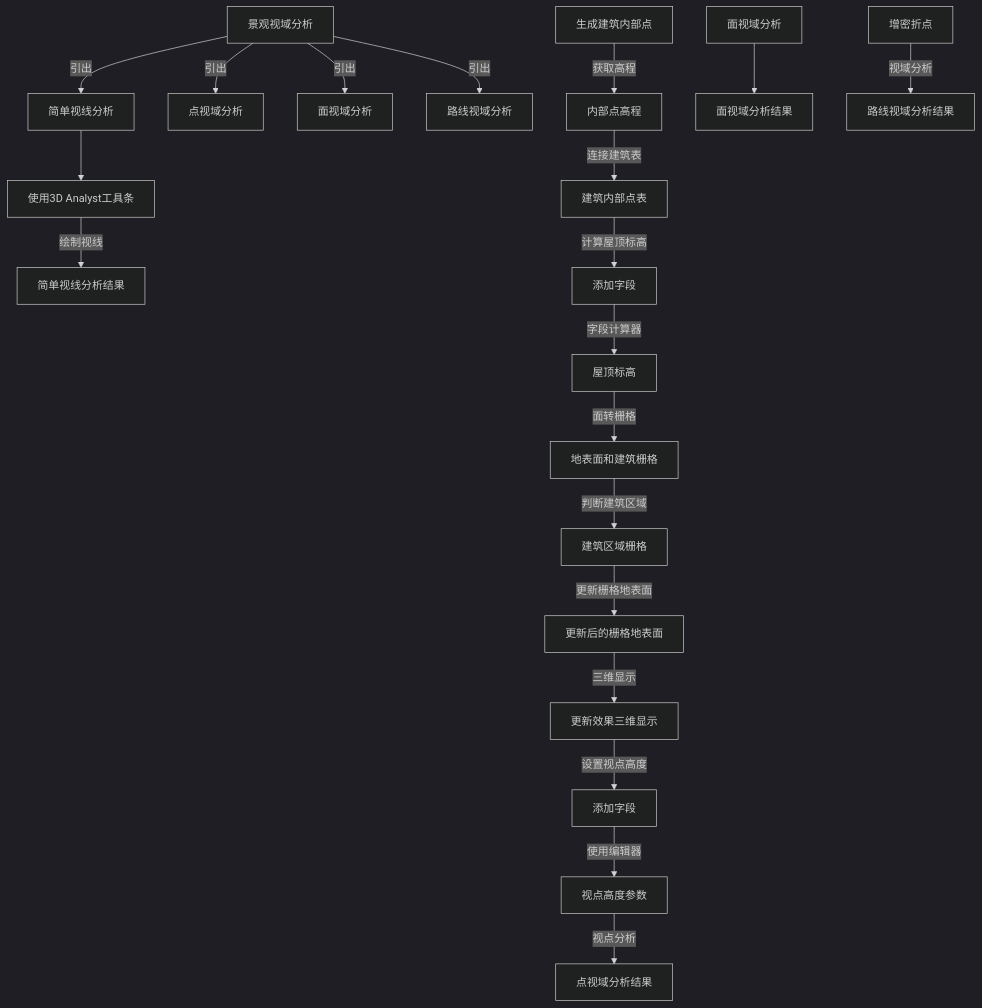
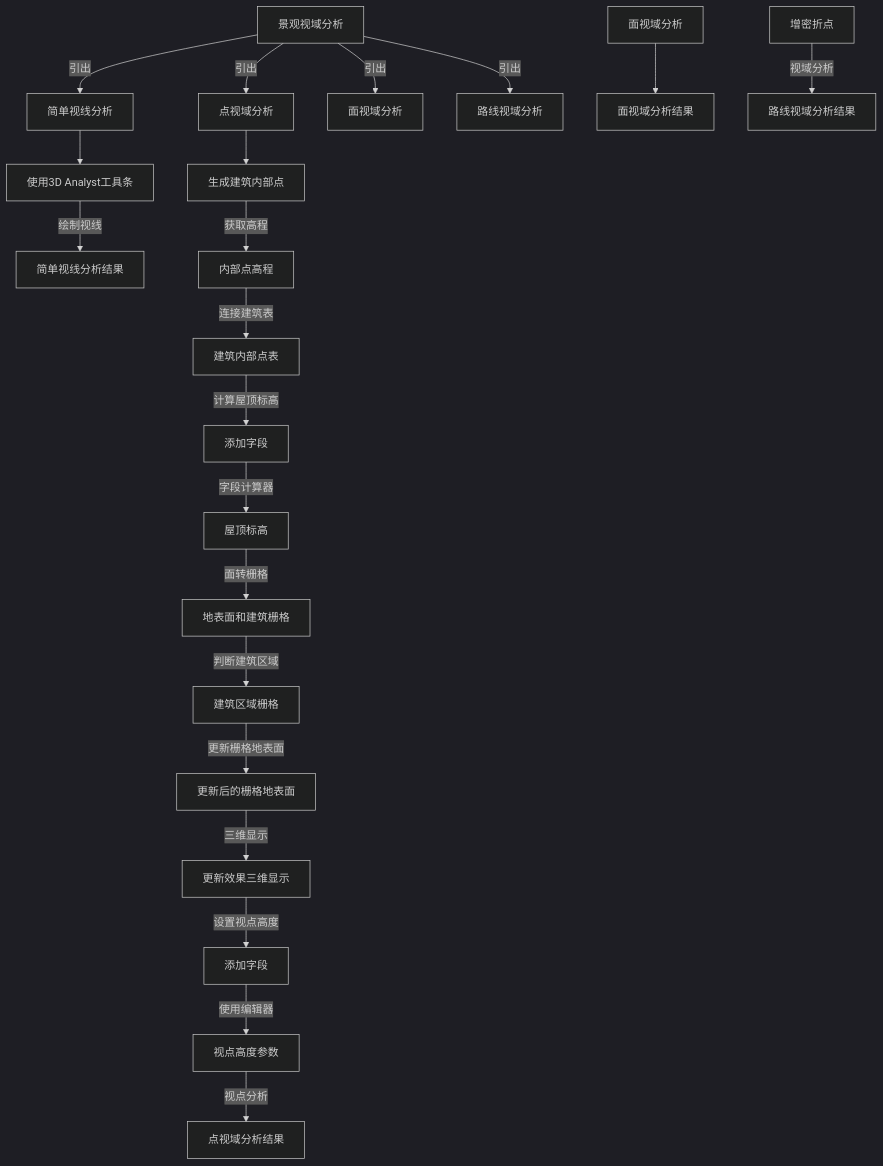
The diagram in all/未命名.md (newguser/iodraw-files), drawn with Mermaid (dark theme) before and after one commit.

Commit message:
2025-02-27 22:27:38 update

````diff
--- a/all/未命名.md
+++ b/all/未命名.md
@@ -1,27 +1,27 @@
 ```mermaid
 graph TD
     A[景观视域分析] -->|引出| B[简单视线分析]
     A -->|引出| C[点视域分析]
     A -->|引出| D[面视域分析]
     A -->|引出| E[路线视域分析]
 B[简单视线分析]-->B1[使用3D Analyst工具条]
         B1[使用3D Analyst工具条] -->|绘制视线| B2[简单视线分析结果]
-C[点视域分析]
+C[点视域分析]-->C1[生成建筑内部点]
 
         C1[生成建筑内部点] -->|获取高程| C2[内部点高程]
         C2 -->|连接建筑表| C3[建筑内部点表]
         C3 -->|计算屋顶标高| C4[添加字段]
         C4 -->|字段计算器| C5[屋顶标高]
         C5 -->|面转栅格| C6[地表面和建筑栅格]
         C6 -->|判断建筑区域| C7[建筑区域栅格]
         C7 -->|更新栅格地表面| C8[更新后的栅格地表面]
         C8 -->|三维显示| C9[更新效果三维显示]
         C9 -->|设置视点高度| C10[添加字段]
         C10 -->|使用编辑器| C11[视点高度参数]
         C11 -->|视点分析| C12[点视域分析结果]
   
         D1[面视域分析] --> D2[面视域分析结果]
 
         E1[增密折点] -->|视域分析| E2[路线视域分析结果]
 
 ```
````
